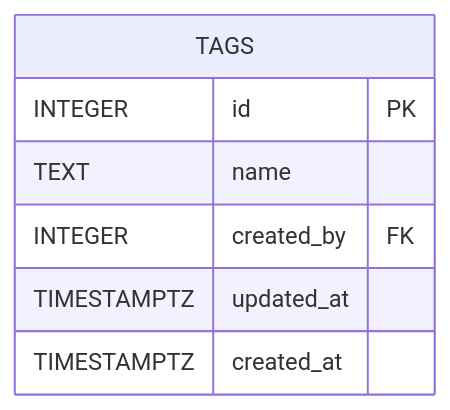
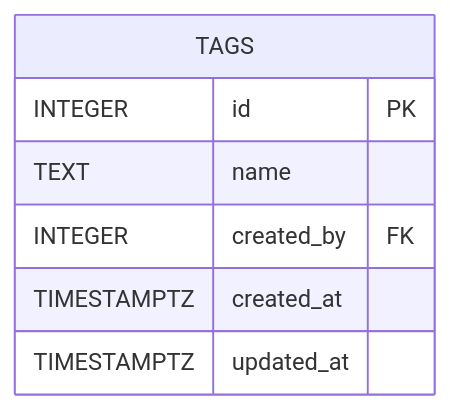
One commit to go-park-mail-ru/2025_2_FiveCode changed diagram 11 of 12 in db/normalized/relations.md. Above: the diagram before and after it, drawn with Mermaid. The commit also changed other lines of this file and 2 other files, not shown here.

````diff
--- a/db/normalized/relations.md
+++ b/db/normalized/relations.md
@@ -286,10 +328,10 @@
 ```mermaid
 erDiagram
-  TAGS {
-    INTEGER id PK
-    TEXT name 
-    INTEGER created_by FK
-    TIMESTAMPTZ updated_at
-    TIMESTAMPTZ created_at
-  }
+    TAGS {
+        INTEGER id PK
+        TEXT name
+        INTEGER created_by FK
+        TIMESTAMPTZ created_at
+        TIMESTAMPTZ updated_at
+    }
 ```
````
